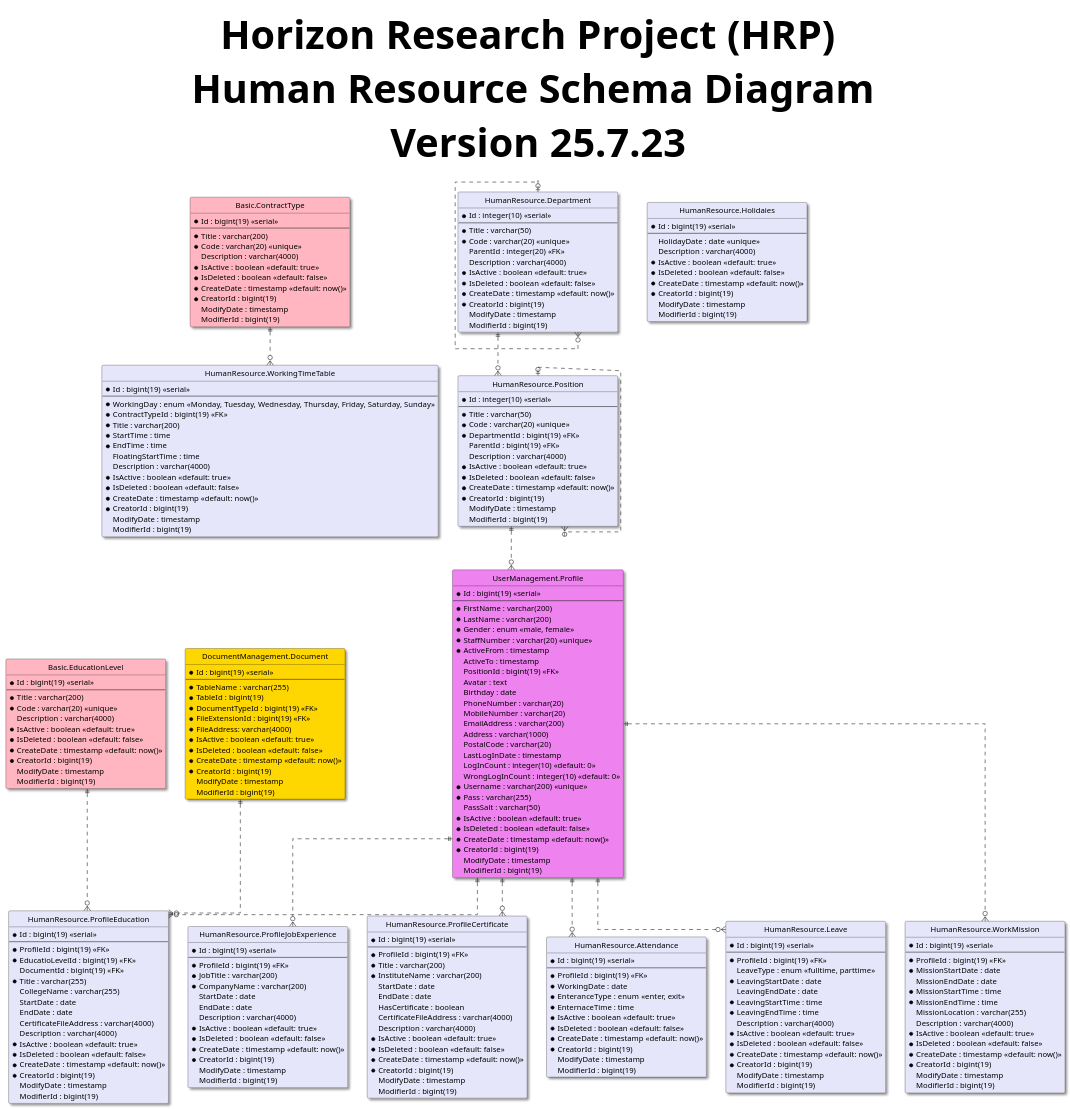
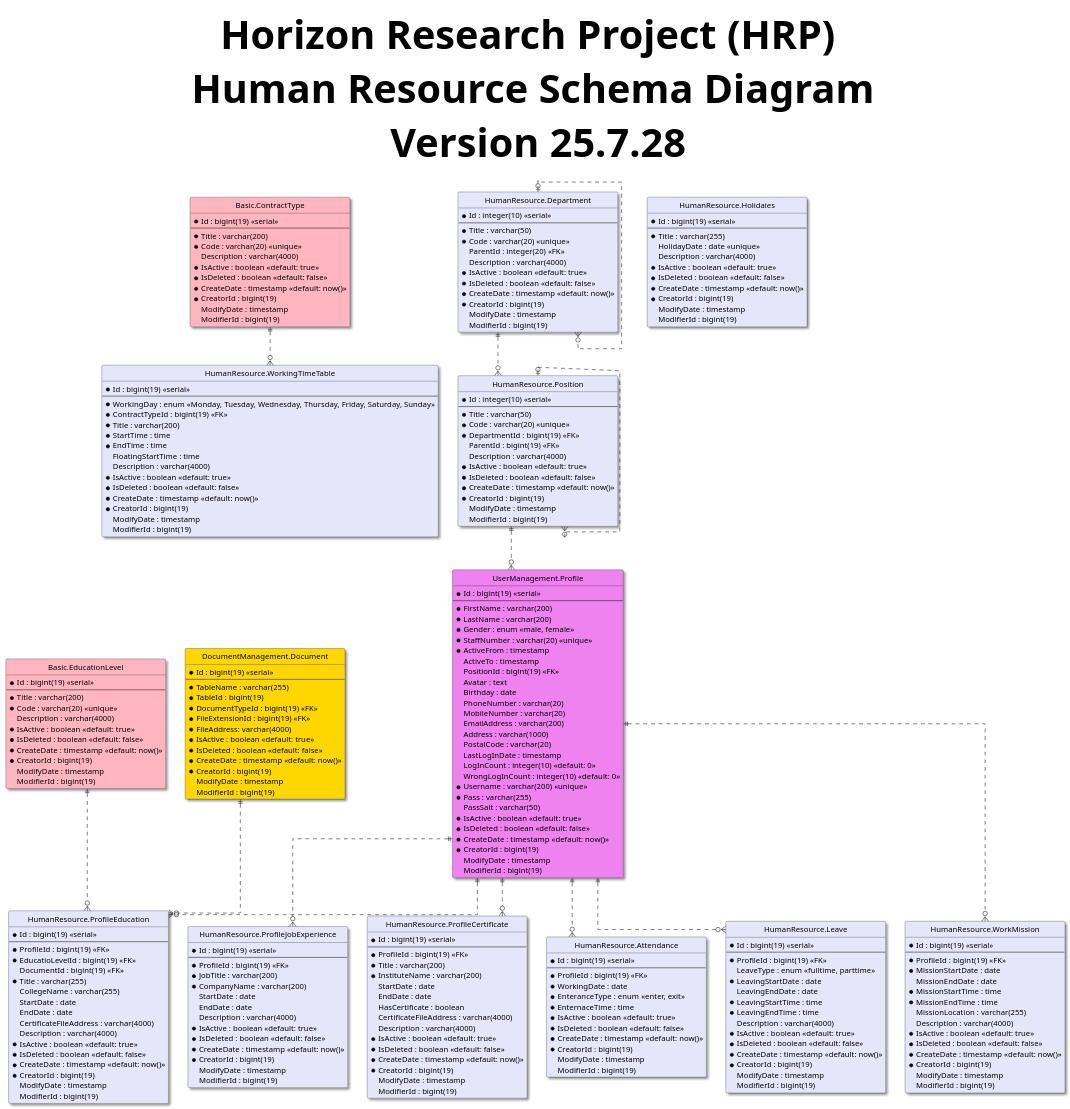
One commit to mahyaresteki/Horizon changed the diagram in 3-HorizonModeling/HorizonUml/ERD/Schemas/HumanResourceSchemaDiagram.puml. Above: the diagram before and after it, drawn with PlantUML. The commit also changed 10 other files, not shown here.

```diff
--- a/3-HorizonModeling/HorizonUml/ERD/Schemas/HumanResourceSchemaDiagram.puml
+++ b/3-HorizonModeling/HorizonUml/ERD/Schemas/HumanResourceSchemaDiagram.puml
@@ -5,7 +5,7 @@
 skinparam Shadowing True
 skinparam TitleFontSize 72pt
 
-title Horizon Research Project (HRP) \n Human Resource Schema Diagram \n Version 25.7.23
+title Horizon Research Project (HRP) \n Human Resource Schema Diagram \n Version 25.7.28
 
 entity "Basic.ContractType" as contractType #LightPink{
   *Id : bigint(19) <<serial>>
@@ -190,6 +190,7 @@
 entity "HumanResource.Holidaies" as holidaies #Lavender{
   *Id : bigint(19) <<serial>>
   --
+  *Title : varchar(255)
   HolidayDate : date <<unique>> 
   Description : varchar(4000)
   *IsActive : boolean <<default: true>>
```
